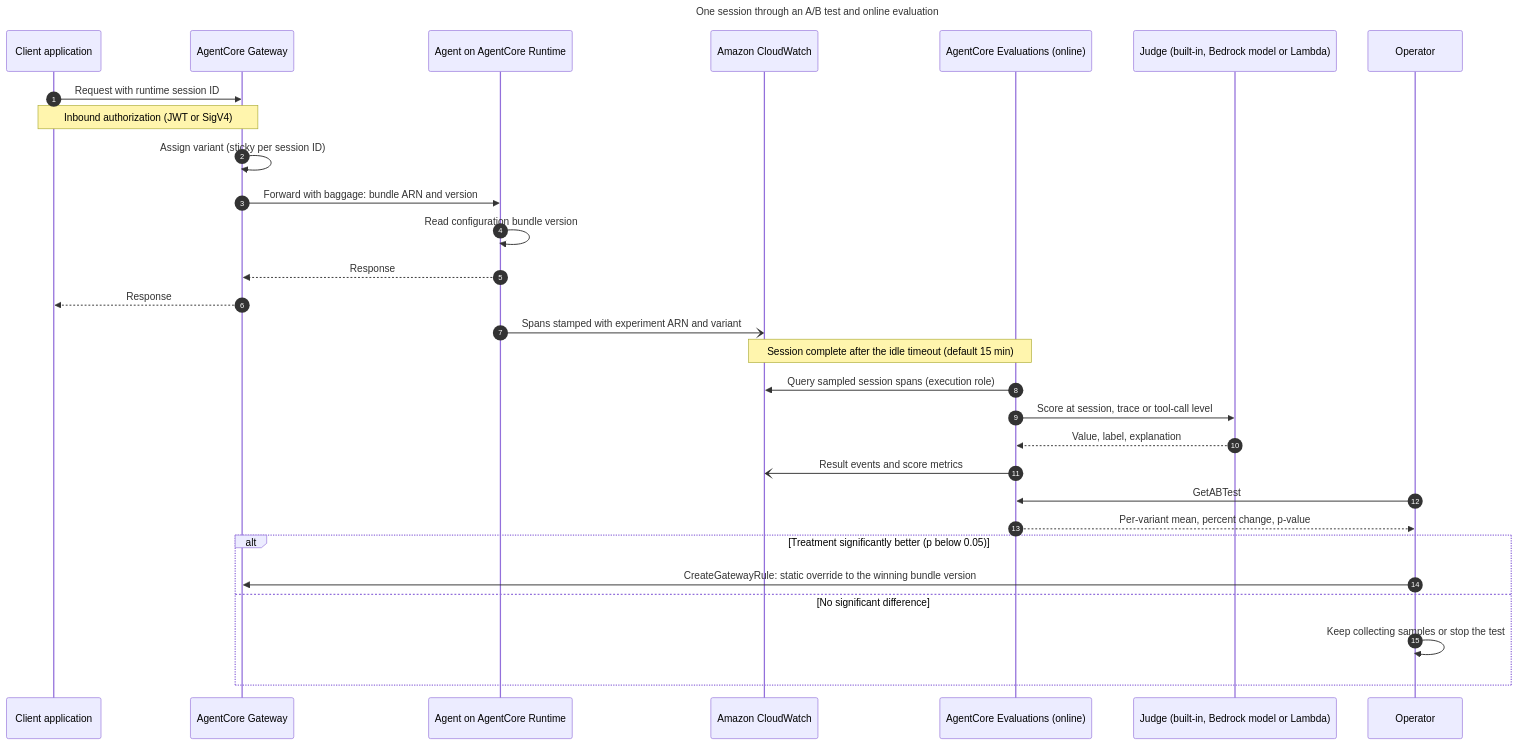
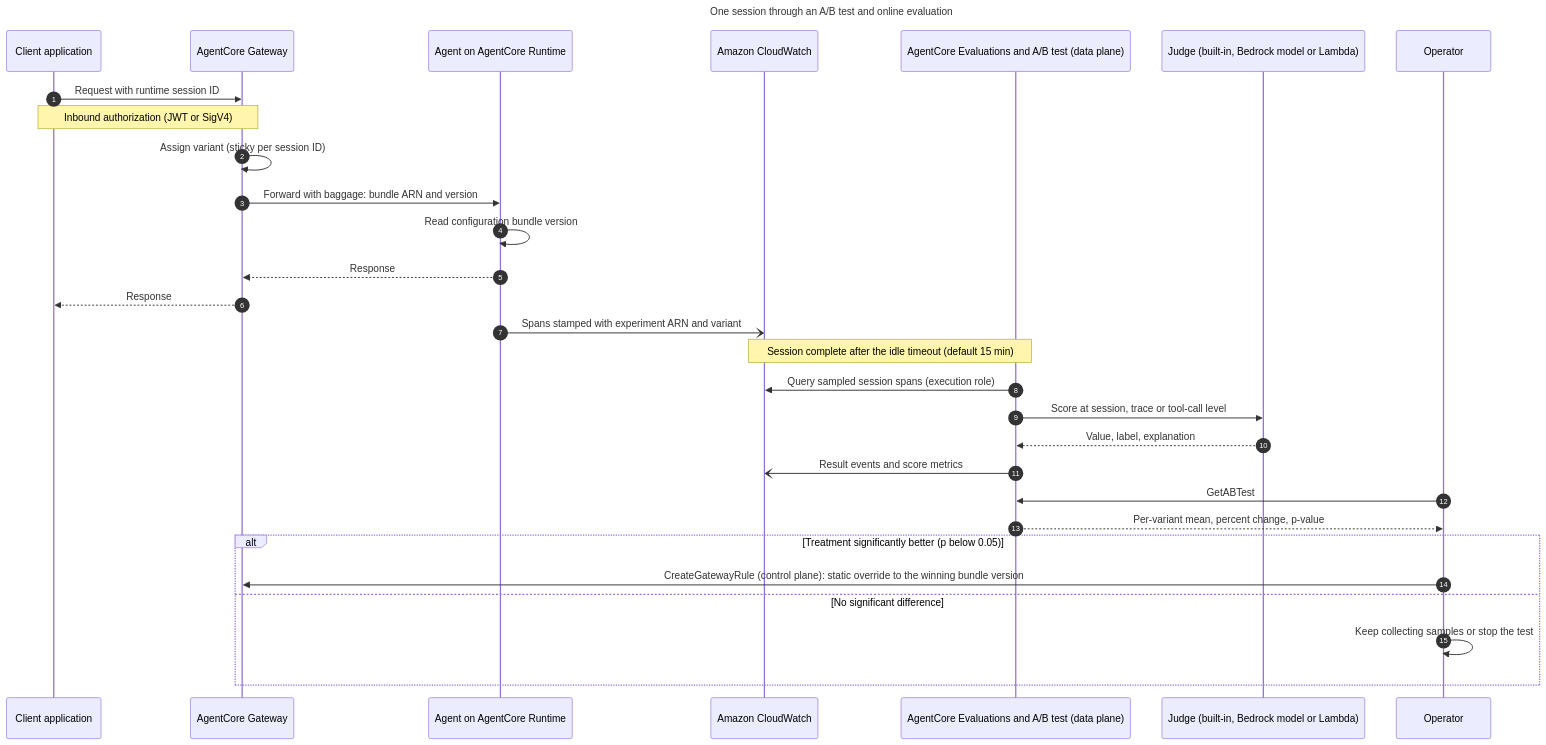
Before and after one commit to sunilgogineni/terraform-aws-lambda-function: the second of 2 diagrams in aws-bedrock-architecture-academy/01-amazon-bedrock/agentcore/10-agentcore-evaluations-and-optimization.md, drawn with Mermaid. The commit also changed 21 other files, not shown here.

First line of the commit message:
Add Flows and Data Automation chapters, diagram sets 17 and 19

````diff
--- a/aws-bedrock-architecture-academy/01-amazon-bedrock/agentcore/10-agentcore-evaluations-and-optimization.md
+++ b/aws-bedrock-architecture-academy/01-amazon-bedrock/agentcore/10-agentcore-evaluations-and-optimization.md
@@ -187,34 +187,34 @@
 ```mermaid
 ---
 title: One session through an A/B test and online evaluation
 ---
 sequenceDiagram
     autonumber
     participant U as Client application
     participant G as AgentCore Gateway
     participant A as Agent on AgentCore Runtime
     participant C as Amazon CloudWatch
-    participant E as AgentCore Evaluations (online)
+    participant E as AgentCore Evaluations and A/B test (data plane)
     participant J as Judge (built-in, Bedrock model or Lambda)
     participant O as Operator
     U->>G: Request with runtime session ID
     Note over U,G: Inbound authorization (JWT or SigV4)
     G->>G: Assign variant (sticky per session ID)
     G->>A: Forward with baggage: bundle ARN and version
     A->>A: Read configuration bundle version
     A-->>G: Response
     G-->>U: Response
     A-)C: Spans stamped with experiment ARN and variant
     Note over E,C: Session complete after the idle timeout (default 15 min)
     E->>C: Query sampled session spans (execution role)
     E->>J: Score at session, trace or tool-call level
     J-->>E: Value, label, explanation
     E-)C: Result events and score metrics
     O->>E: GetABTest
     E-->>O: Per-variant mean, percent change, p-value
     alt Treatment significantly better (p below 0.05)
-        O->>G: CreateGatewayRule: static override to the winning bundle version
+        O->>G: CreateGatewayRule (control plane): static override to the winning bundle version
     else No significant difference
         O->>O: Keep collecting samples or stop the test
     end
 ```
````
